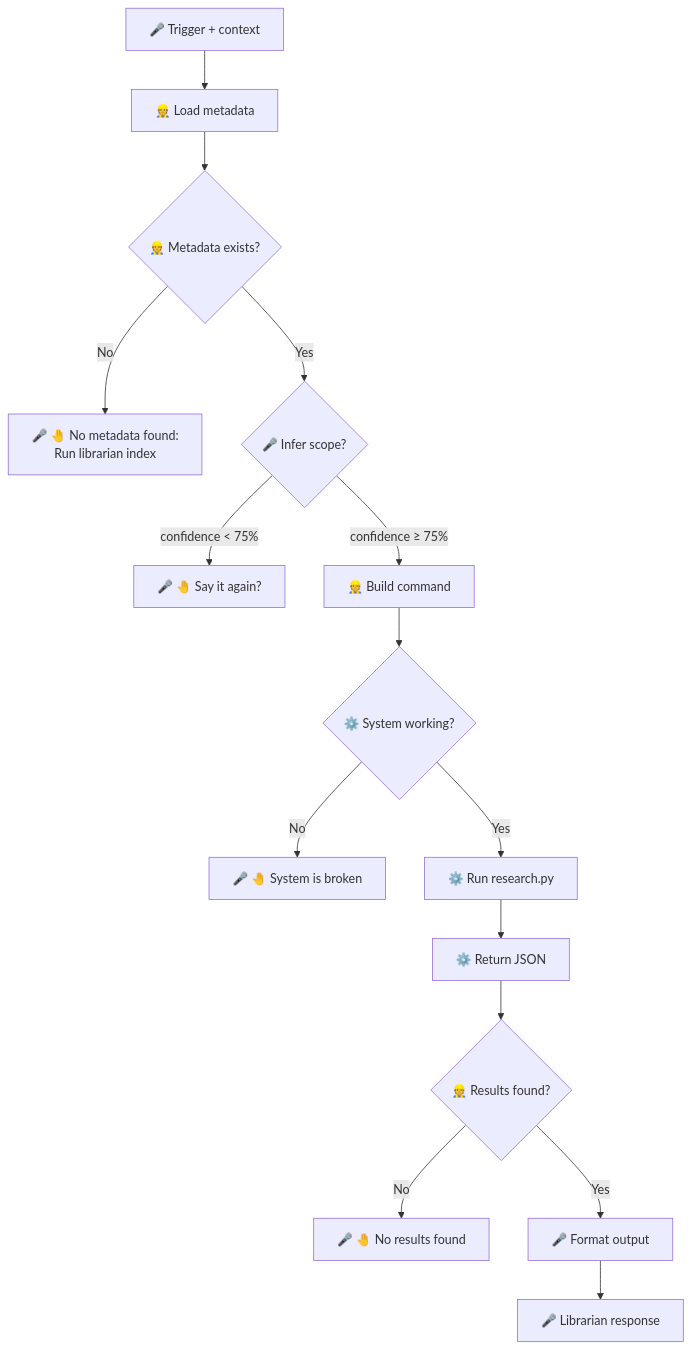
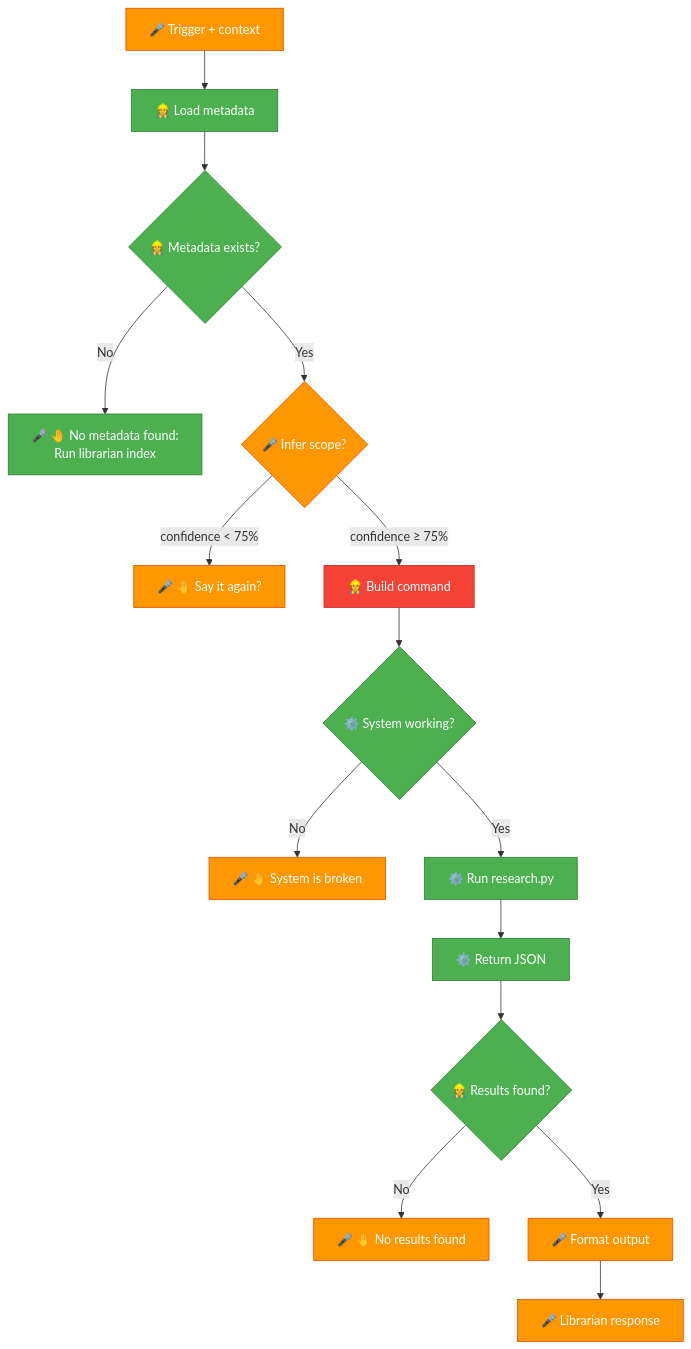
One commit to nonlinear/librarian changed the diagram in skill/SKILL.md. Above: the diagram before and after it, drawn with Mermaid. The commit also changed other lines of this file, not shown here.

Commit message:
Add color-coded diagram to SKILL.md
🟢 Green = Implemented, tested, working (8 nodes)
🟠 Orange = Needs AI session testing (7 nodes)
🔴 Red = BROKEN --book flag bug (1 node)

Legend + status notes added below diagram.
Nicholas sees this file, not epic-notes.

````diff
--- a/skill/SKILL.md
+++ b/skill/SKILL.md
@@ -17,25 +17,29 @@
 ```mermaid
 flowchart TB
-    TRIGGER["🎤 Trigger + context"]
-    TRIGGER --> METADATA["👷 Load metadata"]
-    METADATA --> CHECK{"👷 Metadata exists?"}
+    TRIGGER["🎤 Trigger + context"]:::orange
+    TRIGGER --> METADATA["👷 Load metadata"]:::green
+    METADATA --> CHECK{"👷 Metadata exists?"}:::green
     
-    CHECK -->|No| ERROR["🎤 🤚 No metadata found:<br>Run librarian index"]
-    CHECK -->|Yes| INFER{"🎤 Infer scope?"}
+    CHECK -->|No| ERROR["🎤 🤚 No metadata found:<br>Run librarian index"]:::green
+    CHECK -->|Yes| INFER{"🎤 Infer scope?"}:::orange
     
-    INFER -->|confidence < 75%| CLARIFY["🎤 🤚 Say it again?"]
-    INFER -->|confidence ≥ 75%| BUILD["👷 Build command"]
+    INFER -->|confidence < 75%| CLARIFY["🎤 🤚 Say it again?"]:::orange
+    INFER -->|confidence ≥ 75%| BUILD["👷 Build command"]:::red
     
-    BUILD --> CHECK_SYSTEM{"⚙️ System working?"}
+    BUILD --> CHECK_SYSTEM{"⚙️ System working?"}:::green
     
-    CHECK_SYSTEM -->|No| BROKEN["🎤 🤚 System is broken"]
-    CHECK_SYSTEM -->|Yes| EXEC["⚙️ Run research.py"]
+    CHECK_SYSTEM -->|No| BROKEN["🎤 🤚 System is broken"]:::orange
+    CHECK_SYSTEM -->|Yes| EXEC["⚙️ Run research.py"]:::green
     
-    EXEC --> JSON["⚙️ Return JSON"]
-    JSON --> CHECK_RESULTS{"👷 Results found?"}
+    EXEC --> JSON["⚙️ Return JSON"]:::green
+    JSON --> CHECK_RESULTS{"👷 Results found?"}:::green
     
-    CHECK_RESULTS -->|No| EMPTY["🎤 🤚 No results found"]
-    CHECK_RESULTS -->|Yes| FORMAT["🎤 Format output"]
+    CHECK_RESULTS -->|No| EMPTY["🎤 🤚 No results found"]:::orange
+    CHECK_RESULTS -->|Yes| FORMAT["🎤 Format output"]:::orange
     
-    FORMAT --> RESPONSE["🎤 Librarian response"]
+    FORMAT --> RESPONSE["🎤 Librarian response"]:::orange
+    
+    classDef green fill:#4caf50,stroke:#2e7d32,color:#fff
+    classDef orange fill:#ff9800,stroke:#e65100,color:#fff
+    classDef red fill:#f44336,stroke:#c62828,color:#fff
 ```
````
